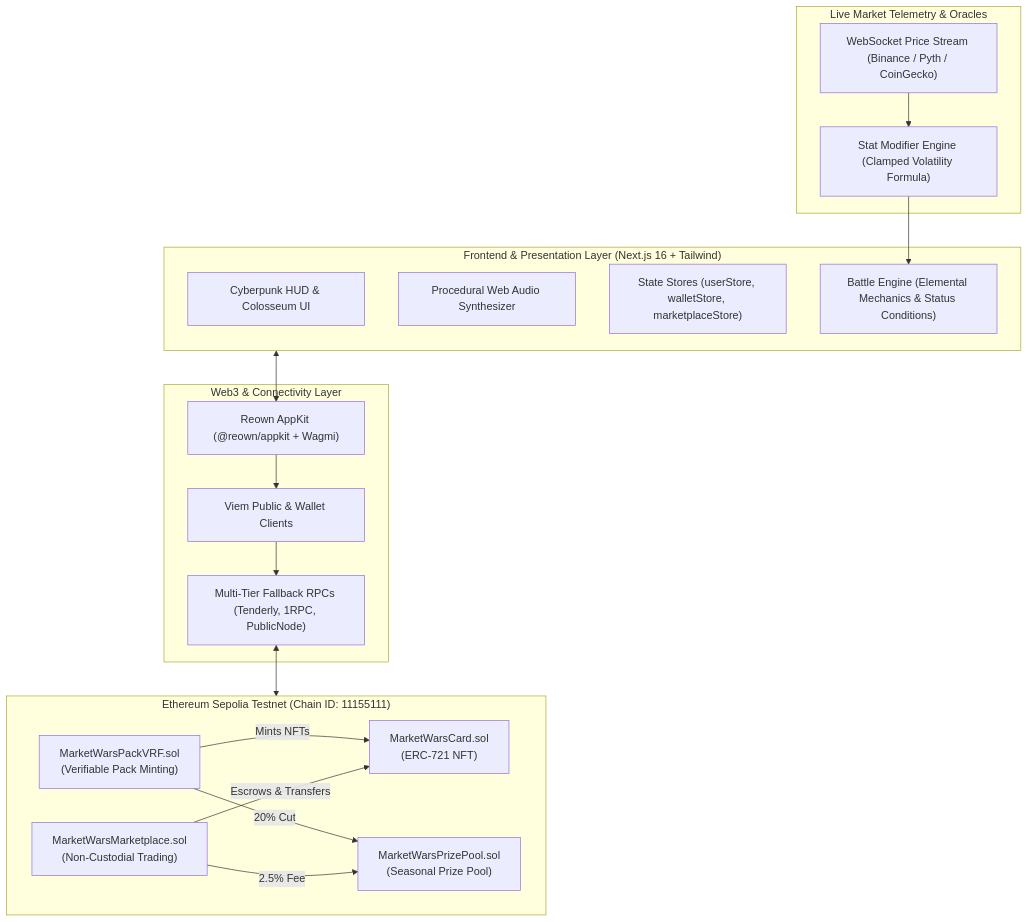
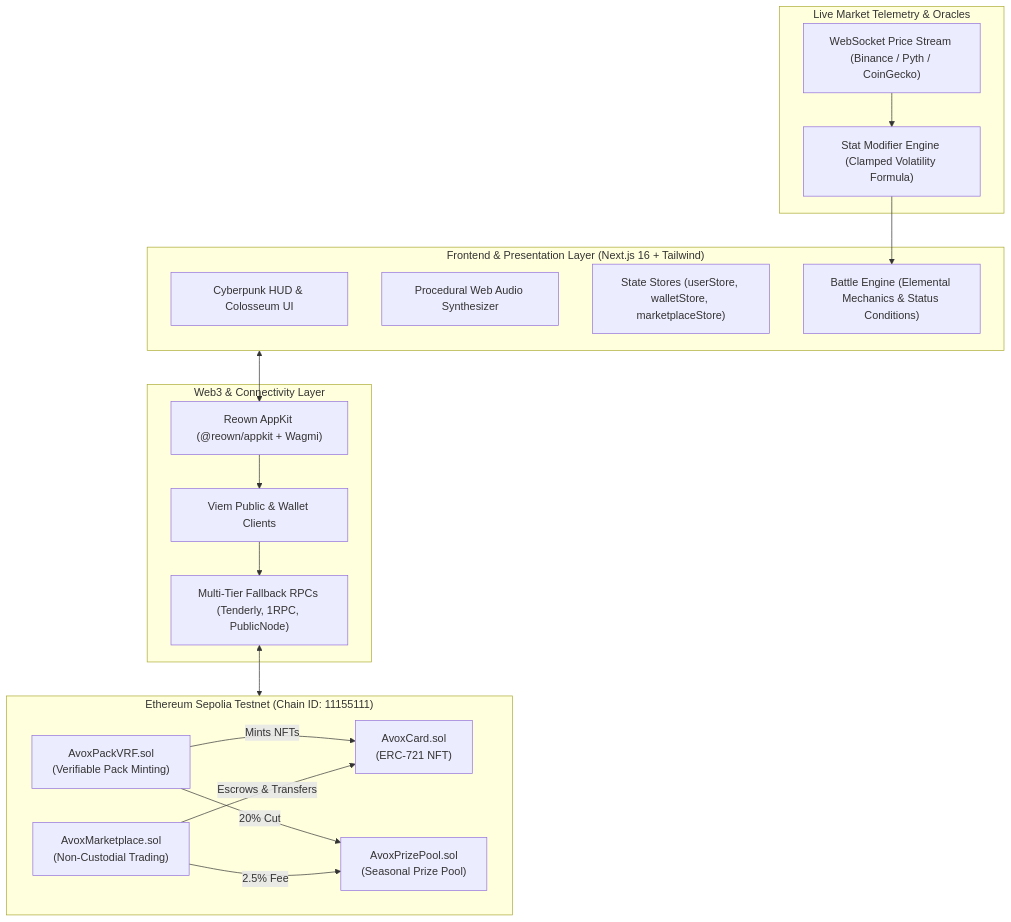
The diagram in DOCUMENTATION.md (Dyslex7c/tcgmw), drawn with Mermaid before and after one commit. The commit also changed other lines of this file and 22 other files, not shown here.

Commit message:
chore(branding): rebrand MarketWars to AVOX across UI, contracts, and configuration

````diff
--- a/DOCUMENTATION.md
+++ b/DOCUMENTATION.md
@@ -66,38 +66,38 @@
 ```mermaid
 flowchart TB
     subgraph Client ["Frontend & Presentation Layer (Next.js 16 + Tailwind)"]
         UI["Cyberpunk HUD & Colosseum UI"]
         Audio["Procedural Web Audio Synthesizer"]
         Store["State Stores (userStore, walletStore, marketplaceStore)"]
         Combat["Battle Engine (Elemental Mechanics & Status Conditions)"]
     end
 
     subgraph Web3 ["Web3 & Connectivity Layer"]
         AppKit["Reown AppKit (@reown/appkit + Wagmi)"]
         ViemClient["Viem Public & Wallet Clients"]
         RPC["Multi-Tier Fallback RPCs (Tenderly, 1RPC, PublicNode)"]
     end
 
     subgraph Blockchain ["Ethereum Sepolia Testnet (Chain ID: 11155111)"]
-        CardContract["MarketWarsCard.sol\n(ERC-721 NFT)"]
-        PackContract["MarketWarsPackVRF.sol\n(Verifiable Pack Minting)"]
-        MarketContract["MarketWarsMarketplace.sol\n(Non-Custodial Trading)"]
-        PoolContract["MarketWarsPrizePool.sol\n(Seasonal Prize Pool)"]
+        CardContract["AvoxCard.sol\n(ERC-721 NFT)"]
+        PackContract["AvoxPackVRF.sol\n(Verifiable Pack Minting)"]
+        MarketContract["AvoxMarketplace.sol\n(Non-Custodial Trading)"]
+        PoolContract["AvoxPrizePool.sol\n(Seasonal Prize Pool)"]
     end
 
     subgraph Oracle ["Live Market Telemetry & Oracles"]
         PriceStream["WebSocket Price Stream (Binance / Pyth / CoinGecko)"]
         StatEngine["Stat Modifier Engine (Clamped Volatility Formula)"]
     end
 
     PriceStream --> StatEngine
     StatEngine --> Combat
     Client <--> AppKit
     AppKit --> ViemClient
     ViemClient --> RPC
     RPC <--> Blockchain
     PackContract -- "20% Cut" --> PoolContract
     MarketContract -- "2.5% Fee" --> PoolContract
     PackContract -- "Mints NFTs" --> CardContract
     MarketContract -- "Escrows & Transfers" --> CardContract
 ```
````
